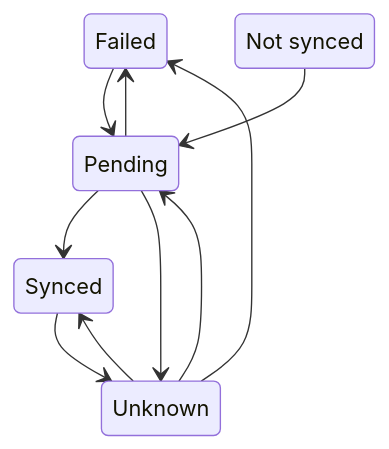
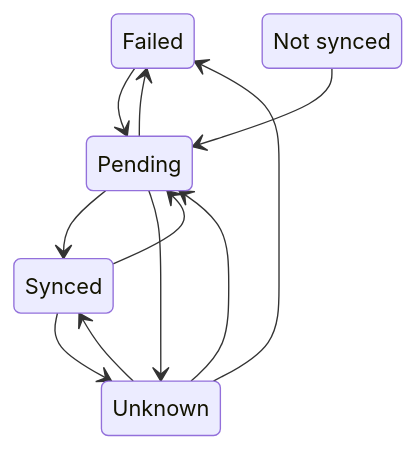
One commit to Tejesh080/Roofops changed the fourth of 10 diagrams in docs/state-machines.md. Above: the diagram before and after it, drawn with Mermaid. The commit also changed other lines of this file and 7 other files, not shown here.

````diff
--- a/docs/state-machines.md
+++ b/docs/state-machines.md
@@ -128,17 +129,18 @@
 ```mermaid
 stateDiagram-v2
   FAILED: Failed
   NOT_SYNCED: Not synced
   PENDING: Pending
   SYNCED: Synced
   UNKNOWN: Unknown
   FAILED --> PENDING
   NOT_SYNCED --> PENDING
   PENDING --> FAILED
   PENDING --> SYNCED
   PENDING --> UNKNOWN
+  SYNCED --> PENDING
   SYNCED --> UNKNOWN
   UNKNOWN --> FAILED
   UNKNOWN --> PENDING
   UNKNOWN --> SYNCED
 ```
````
